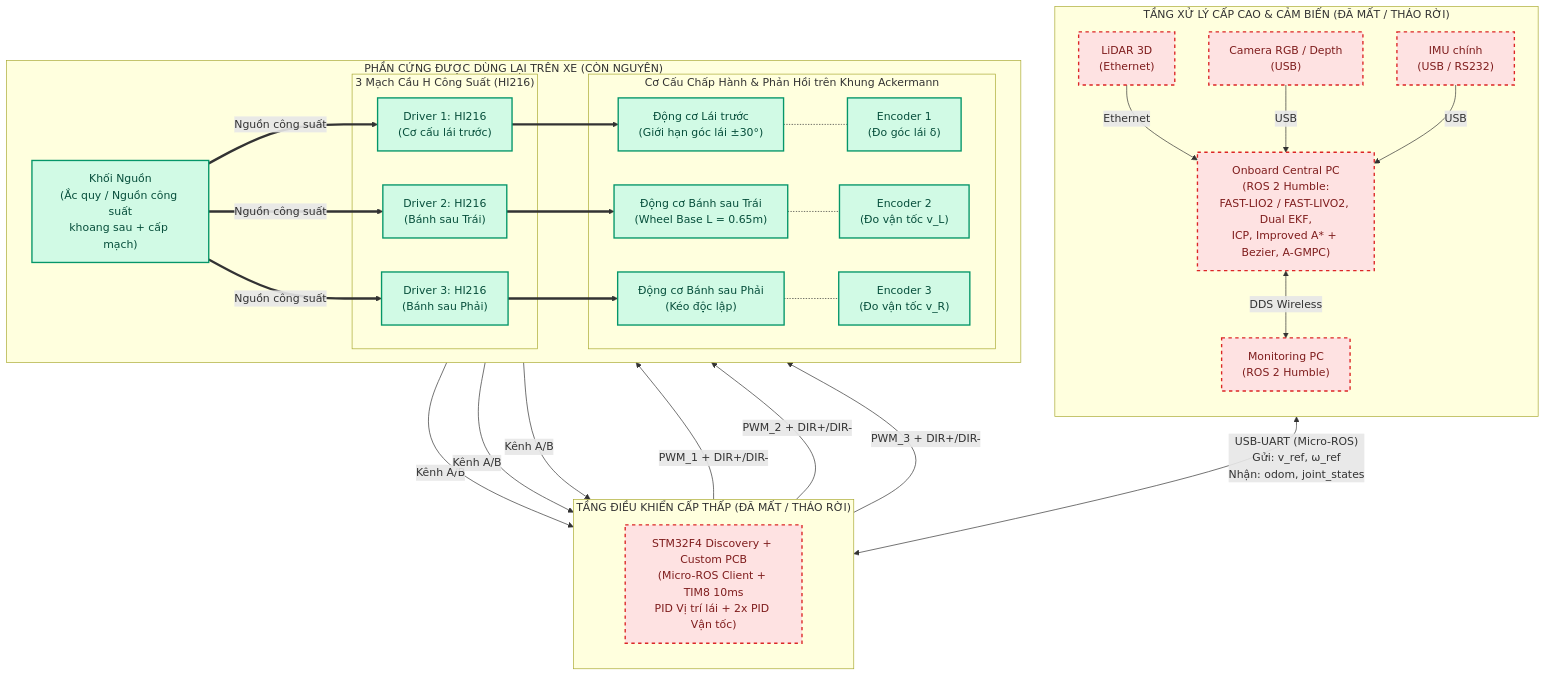
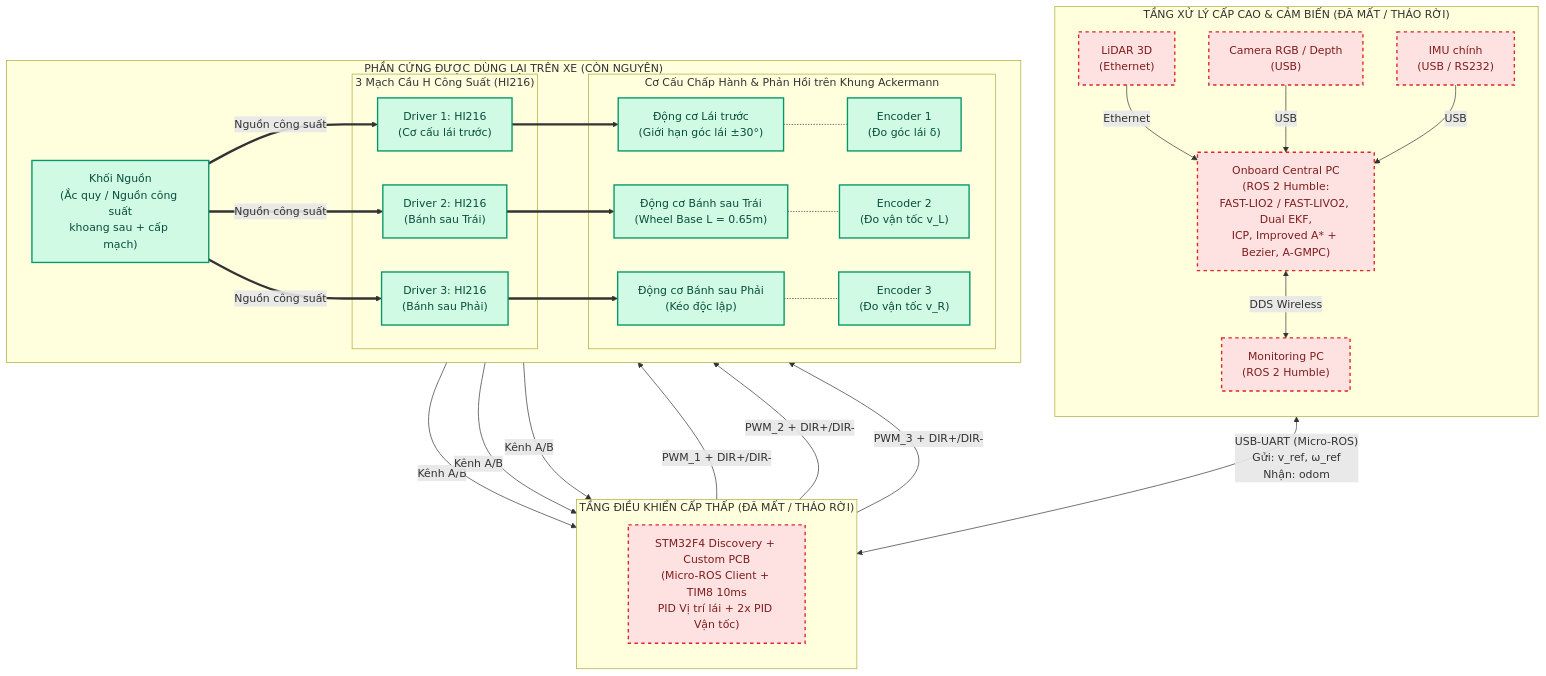
The first of 7 diagrams in K2022_SYSTEM_ARCHITECTURE.md (hutaozuzu/Do-an), drawn with Mermaid before and after one commit.

````diff
--- a/K2022_SYSTEM_ARCHITECTURE.md
+++ b/K2022_SYSTEM_ARCHITECTURE.md
@@ -31,62 +31,62 @@
 ```mermaid
 flowchart TB
     subgraph LOST_HIGH ["TẦNG XỬ LÝ CẤP CAO & CẢM BIẾN (ĐÃ MẤT / THÁO RỜI)"]
         direction TB
         MON["Monitoring PC<br/>(ROS 2 Humble)"]
         PC["Onboard Central PC<br/>(ROS 2 Humble:<br/>FAST-LIO2 / FAST-LIVO2, Dual EKF,<br/>ICP, Improved A* + Bezier, A-GMPC)"]
         LIDAR["LiDAR 3D<br/>(Ethernet)"]
         CAM["Camera RGB / Depth<br/>(USB)"]
         IMU["IMU chính<br/>(USB / RS232)"]
 
         LIDAR -->|"Ethernet"| PC
         CAM -->|"USB"| PC
         IMU -->|"USB"| PC
         PC <-->|"DDS Wireless"| MON
     end
 
     subgraph LOST_LOW ["TẦNG ĐIỀU KHIỂN CẤP THẤP (ĐÃ MẤT / THÁO RỜI)"]
         direction TB
         MCU["STM32F4 Discovery + Custom PCB<br/>(Micro-ROS Client + TIM8 10ms<br/>PID Vị trí lái + 2x PID Vận tốc)"]
     end
 
     subgraph KEPT_HW ["PHẦN CỨNG ĐƯỢC DÙNG LẠI TRÊN XE (CÒN NGUYÊN)"]
         direction LR
         PWR["Khối Nguồn<br/>(Ắc quy / Nguồn công suất<br/>khoang sau + cấp mạch)"]
         
         subgraph DRIVERS ["3 Mạch Cầu H Công Suất (HI216)"]
             DRV1["Driver 1: HI216<br/>(Cơ cấu lái trước)"]
             DRV2["Driver 2: HI216<br/>(Bánh sau Trái)"]
             DRV3["Driver 3: HI216<br/>(Bánh sau Phải)"]
         end
 
         subgraph ACTUATORS ["Cơ Cấu Chấp Hành & Phản Hồi trên Khung Ackermann"]
             M1["Động cơ Lái trước<br/>(Giới hạn góc lái ±30°)"]
             E1["Encoder 1<br/>(Đo góc lái δ)"]
             M2["Động cơ Bánh sau Trái<br/>(Wheel Base L = 0.65m)"]
             E2["Encoder 2<br/>(Đo vận tốc v_L)"]
             M3["Động cơ Bánh sau Phải<br/>(Kéo độc lập)"]
             E3["Encoder 3<br/>(Đo vận tốc v_R)"]
         end
 
         PWR ==>|"Nguồn công suất"| DRV1 & DRV2 & DRV3
         DRV1 ==> M1
         DRV2 ==> M2
         DRV3 ==> M3
         M1 -.- E1
         M2 -.- E2
         M3 -.- E3
     end
 
-    PC <-->|"USB-UART (Micro-ROS)<br/>Gửi: v_ref, ω_ref<br/>Nhận: odom, joint_states"| MCU
+    PC <-->|"USB-UART (Micro-ROS)<br/>Gửi: v_ref, ω_ref<br/>Nhận: odom"| MCU
     MCU -->|"PWM_1 + DIR+/DIR-"| DRV1
     MCU -->|"PWM_2 + DIR+/DIR-"| DRV2
     MCU -->|"PWM_3 + DIR+/DIR-"| DRV3
     E1 -->|"Kênh A/B"| MCU
     E2 -->|"Kênh A/B"| MCU
     E3 -->|"Kênh A/B"| MCU
 
     classDef kept fill:#d1fae5,stroke:#059669,stroke-width:2px,color:#064e3b;
     classDef lost fill:#fee2e2,stroke:#dc2626,stroke-width:2px,stroke-dasharray: 5 5,color:#7f1d1d;
     class PWR,DRV1,DRV2,DRV3,M1,M2,M3,E1,E2,E3 kept;
     class MON,PC,LIDAR,CAM,IMU,MCU lost;
 ```
````
